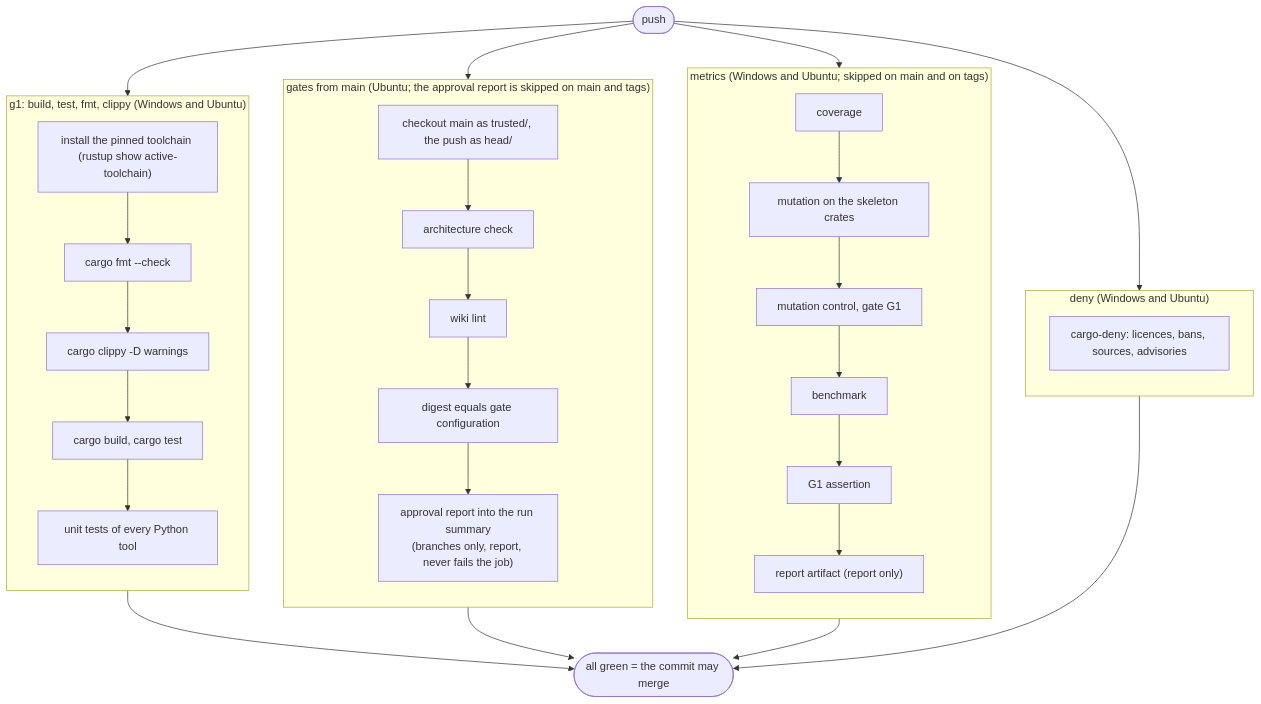
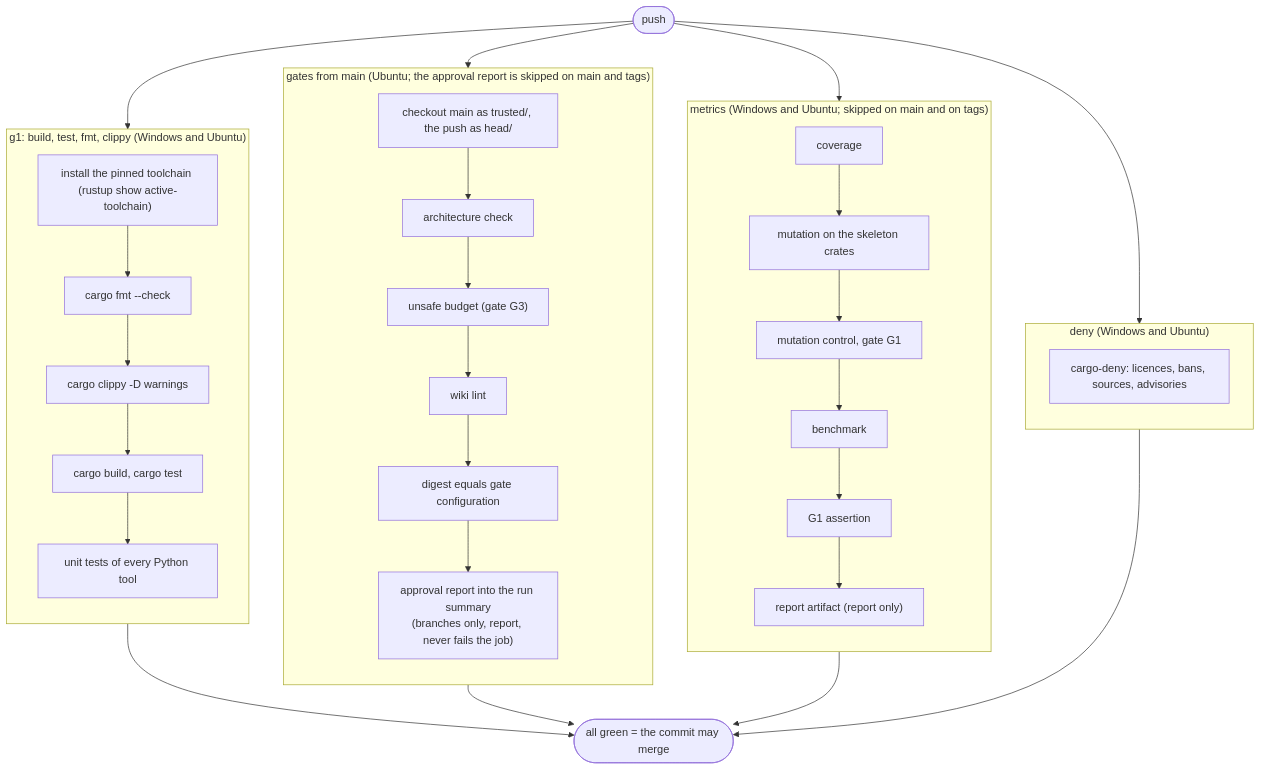
The second of 7 diagrams in wiki/workflow/ci-diagrams.md (giamat90/DuckEngine), drawn with Mermaid before and after one commit. The commit also changed 5 other files, not shown here.

Commit message:
ci(gates): run the unsafe budget checker in the trusted gates job (1-32) (#73)

````diff
--- a/wiki/workflow/ci-diagrams.md
+++ b/wiki/workflow/ci-diagrams.md
@@ -47,36 +47,37 @@
 ```mermaid
 flowchart TB
   start(["push"]) --> g1 & gates & metrics & deny
 
   subgraph g1["g1: build, test, fmt, clippy (Windows and Ubuntu)"]
     direction TB
     a1["install the pinned toolchain (rustup show active-toolchain)"] --> a2["cargo fmt --check"]
     a2 --> a3["cargo clippy -D warnings"]
     a3 --> a4["cargo build, cargo test"]
     a4 --> a5["unit tests of every Python tool"]
   end
 
   subgraph gates["gates from main (Ubuntu; the approval report is skipped on main and tags)"]
     direction TB
     b1["checkout main as trusted/, the push as head/"] --> b2["architecture check"]
-    b2 --> b3["wiki lint"]
+    b2 --> b2b["unsafe budget (gate G3)"]
+    b2b --> b3["wiki lint"]
     b3 --> b4["digest equals gate configuration"]
     b4 --> b5["approval report into the run summary<br/>(branches only, report, never fails the job)"]
   end
 
   subgraph metrics["metrics (Windows and Ubuntu; skipped on main and on tags)"]
     direction TB
     c1["coverage"] --> c2["mutation on the skeleton crates"]
     c2 --> c3["mutation control, gate G1"]
     c3 --> c4["benchmark"]
     c4 --> c4b["G1 assertion"]
     c4b --> c5["report artifact (report only)"]
   end
 
   subgraph deny["deny (Windows and Ubuntu)"]
     direction TB
     d1["cargo-deny: licences, bans, sources, advisories"]
   end
 
   g1 & gates & metrics & deny --> done(["all green = the commit may merge"])
 ```
````
